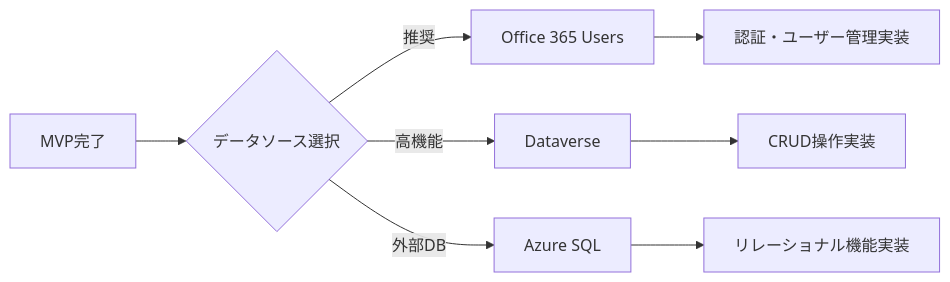
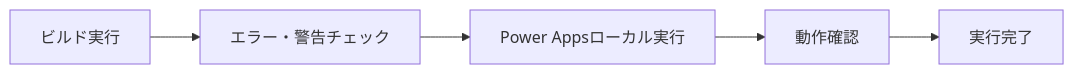
One commit to PLUG365/DecisionFlow changed the fourth of 11 diagrams in README.md. Above: the diagram before and after it, drawn with Mermaid. The commit also changed other lines of this file, not shown here.

Commit message:
PowerProvider基盤を保護しながら、段階的にMVP→本番デプロイ→機能拡張へと安全に進める開発標準が完成しました。

````diff
--- a/README.md
+++ b/README.md
@@ -39,10 +50,7 @@
 ```mermaid
 graph LR
-    A[MVP完了] --> B{データソース選択}
-    B -->|推奨| C[Office 365 Users]
-    B -->|高機能| D[Dataverse]
-    B -->|外部DB| E[Azure SQL]
-    C --> F[認証・ユーザー管理実装]
-    D --> G[CRUD操作実装]
-    E --> H[リレーショナル機能実装]
+    A[ビルド実行] --> B[エラー・警告チェック]
+    B --> C[Power Appsローカル実行]
+    C --> D[動作確認]
+    D --> E[実行完了]
 ```
````
